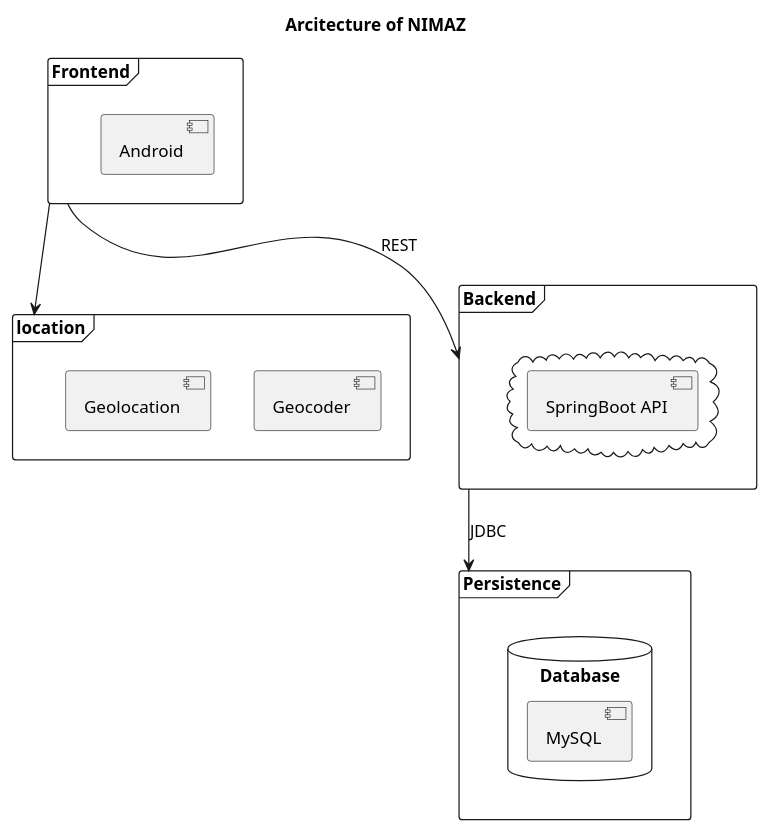
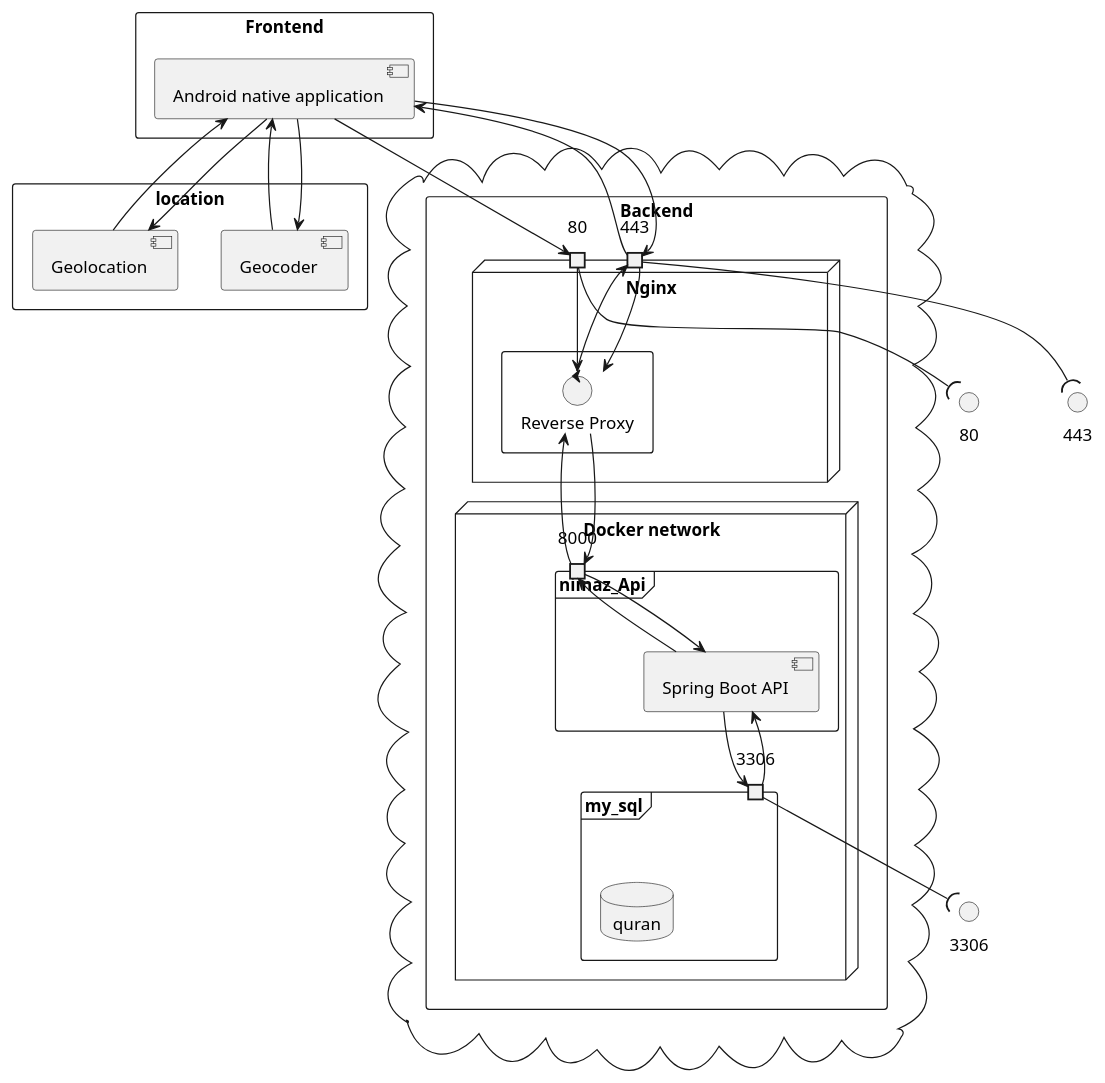
The diagram in app/src/main/java/com/arshadshah/nimaz/diagrams/arcitecture/Arcitecture.puml (arshad-shah/Nimaz), drawn with PlantUML before and after one commit. The commit also changed 10 other files, not shown here.

```diff
--- a/app/src/main/java/com/arshadshah/nimaz/diagrams/arcitecture/Arcitecture.puml
+++ b/app/src/main/java/com/arshadshah/nimaz/diagrams/arcitecture/Arcitecture.puml
@@ -1,33 +1,68 @@
 @startuml
-'https://plantuml.com/component-diagram
-title Arcitecture of NIMAZ
-
-frame "Frontend" as frontend{
-[Android]
+rectangle "Frontend" as frontend{
+[Android native application] as Android
 }
 
-frame location {
+rectangle location {
 [Geocoder]
 [Geolocation]
 }
 
-frame "Backend" as backend{
 cloud {
-  component "SpringBoot API" as server
-}
+rectangle "Backend" as backend {
+    node "Nginx"{
+        port 80 as HTTP
+        port 443 as HTTPS
+        rectangle {
+            control "Reverse Proxy" as reverse_proxy
+        }
+    }
+
+    node "Docker network" {
+        frame "my_sql" {
+            port 3306 as mysql
+            database "quran"
+        }
+        frame "nimaz_Api"{
+            port 8000 as nimaz_api
+            [Spring Boot API]
+        }
+    }
+
+    'the nimaz_Api and my_sql are connected through docker network
+    'using port 3306
+    [Spring Boot API] --> mysql
+    mysql --> [Spring Boot API]
+
+
+    'nginx routes the request to nimaz_api using port 8080
+    [Android] --> HTTPS
+    [Android] --> HTTP
+    HTTP --> reverse_proxy
+    HTTPS --> reverse_proxy
+    reverse_proxy --> nimaz_api
+    nimaz_api --> [Spring Boot API]
+    [Spring Boot API] --> nimaz_api
+    nimaz_api --> reverse_proxy
+    reverse_proxy --> HTTPS
+    HTTPS --> [Android]
+
+    [Android] --> [Geocoder]
+    [Android] --> [Geolocation]
+    [Geocoder] --> [Android]
+    [Geolocation] --> [Android]
+
+
+
+
+    }
 }
 
-frame "Persistence" as persistence{
 
-database "Database" as db{
-  component "MySQL" as mysql
-}
-}
 
-frontend --> location
+    mysql --(3306
+    HTTP --(80
+    HTTPS --(443
 
-frontend --> backend : REST
-backend --> persistence : JDBC
 
-'end
 @enduml
```
